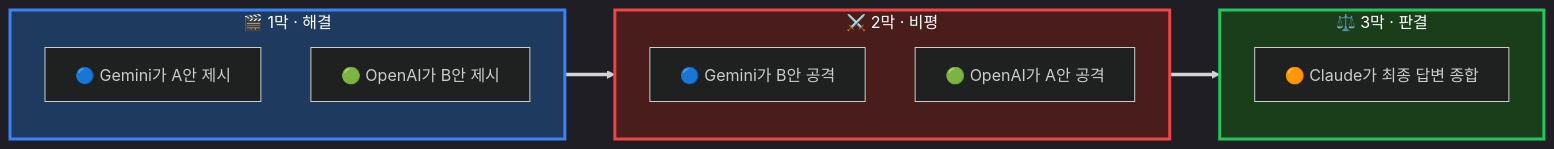
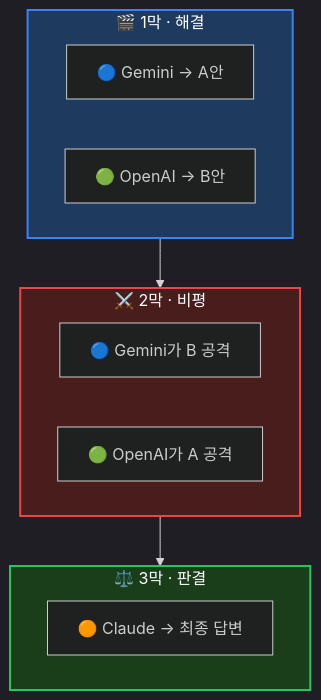
The diagram in README.ko.md (hc-Ryu/fairy_tail), drawn with Mermaid before and after one commit. The commit also changed 1 other file, not shown here.

Commit message:
fix: Change Mermaid diagram to vertical layout
- Switch from LR (horizontal) to TB (vertical) flowchart
- Shorten node labels to prevent overflow
- Fixes ACT III being cut off on GitHub

````diff
--- a/README.ko.md
+++ b/README.ko.md
@@ -87,26 +87,23 @@
 ```mermaid
 %%{init: {'theme': 'dark', 'themeVariables': { 'primaryColor': '#1e3a5f', 'secondaryColor': '#4a1d1d', 'tertiaryColor': '#1a3d1a'}}}%%
-flowchart LR
+flowchart TB
     subgraph ACT1["🎬 1막 · 해결"]
-        direction TB
-        G1["🔵 Gemini가 A안 제시"]
-        O1["🟢 OpenAI가 B안 제시"]
+        G1["🔵 Gemini → A안"]
+        O1["🟢 OpenAI → B안"]
     end
 
     subgraph ACT2["⚔️ 2막 · 비평"]
-        direction TB
-        G2["🔵 Gemini가 B안 공격"]
-        O2["🟢 OpenAI가 A안 공격"]
+        G2["🔵 Gemini가 B 공격"]
+        O2["🟢 OpenAI가 A 공격"]
     end
 
     subgraph ACT3["⚖️ 3막 · 판결"]
-        direction TB
-        C["🟠 Claude가 최종 답변 종합"]
+        C["🟠 Claude → 최종 답변"]
     end
 
-    ACT1 ==> ACT2 ==> ACT3
+    ACT1 --> ACT2 --> ACT3
 
-    style ACT1 fill:#1e3a5f,stroke:#3b82f6,stroke-width:3px,color:#fff
-    style ACT2 fill:#4a1d1d,stroke:#ef4444,stroke-width:3px,color:#fff
-    style ACT3 fill:#1a3d1a,stroke:#22c55e,stroke-width:3px,color:#fff
+    style ACT1 fill:#1e3a5f,stroke:#3b82f6,stroke-width:2px,color:#fff
+    style ACT2 fill:#4a1d1d,stroke:#ef4444,stroke-width:2px,color:#fff
+    style ACT3 fill:#1a3d1a,stroke:#22c55e,stroke-width:2px,color:#fff
 ```
````
